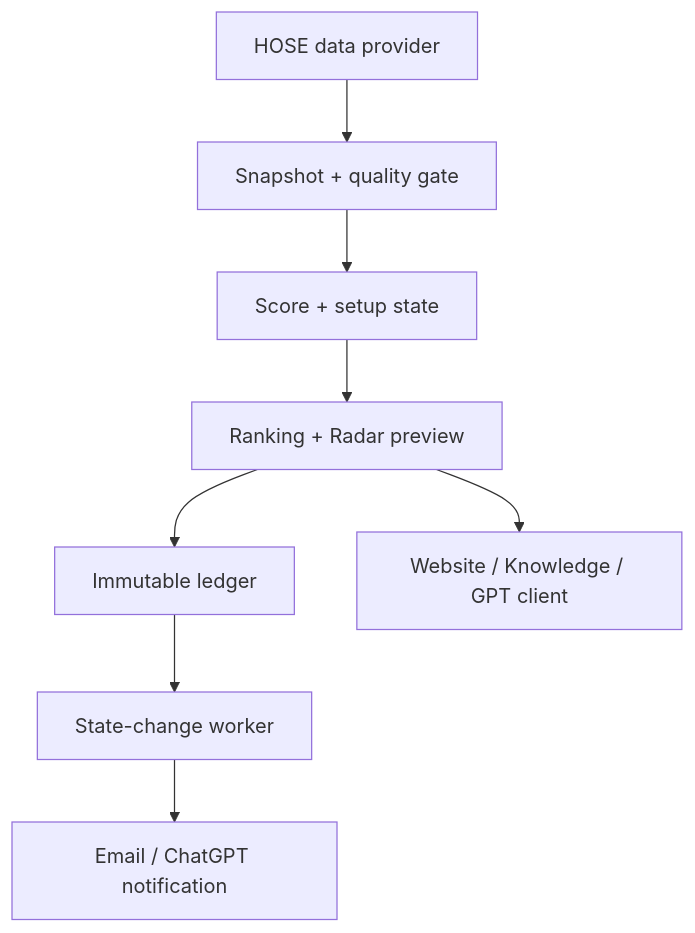
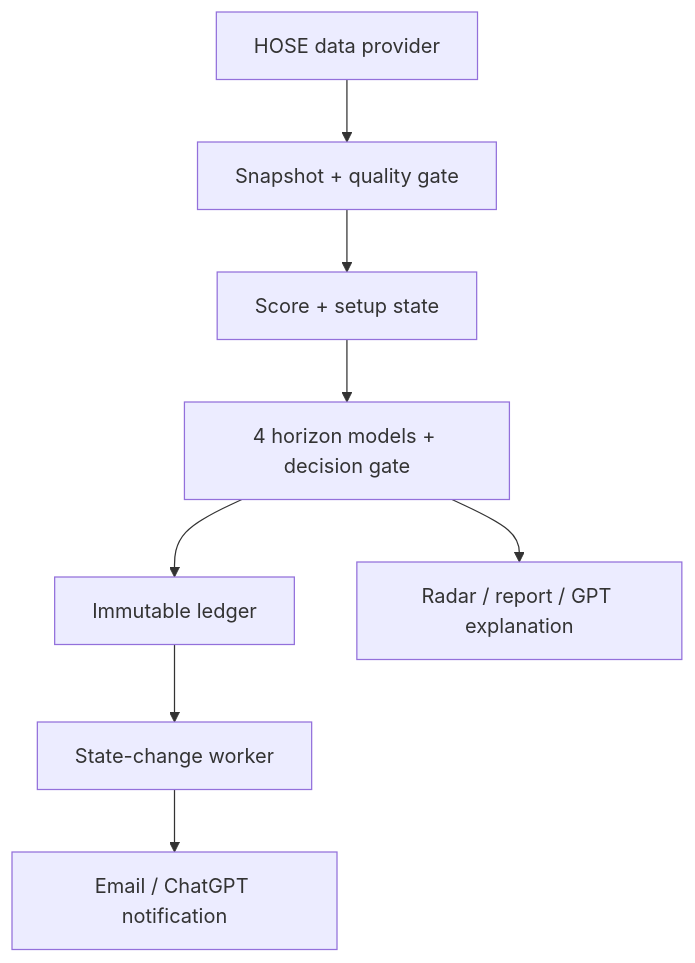
One commit to nguyenlinhns-arch/stockradar changed the diagram in docs/ARCHITECTURE.md. Above: the diagram before and after it, drawn with Mermaid. The commit also changed other lines of this file and 42 other files, not shown here.

Commit message:
Integrate GPT decision workflow and stock research surfaces

````diff
--- a/docs/ARCHITECTURE.md
+++ b/docs/ARCHITECTURE.md
@@ -3,10 +3,10 @@
 ```mermaid
 flowchart TD
     A["HOSE data provider"] --> B["Snapshot + quality gate"]
     B --> C["Score + setup state"]
-    C --> D["Ranking + Radar preview"]
+    C --> D["4 horizon models + decision gate"]
     D --> E["Immutable ledger"]
-    D --> F["Website / Knowledge / GPT client"]
+    D --> F["Radar / report / GPT explanation"]
     E --> G["State-change worker"]
     G --> H["Email / ChatGPT notification"]
 ```
````
